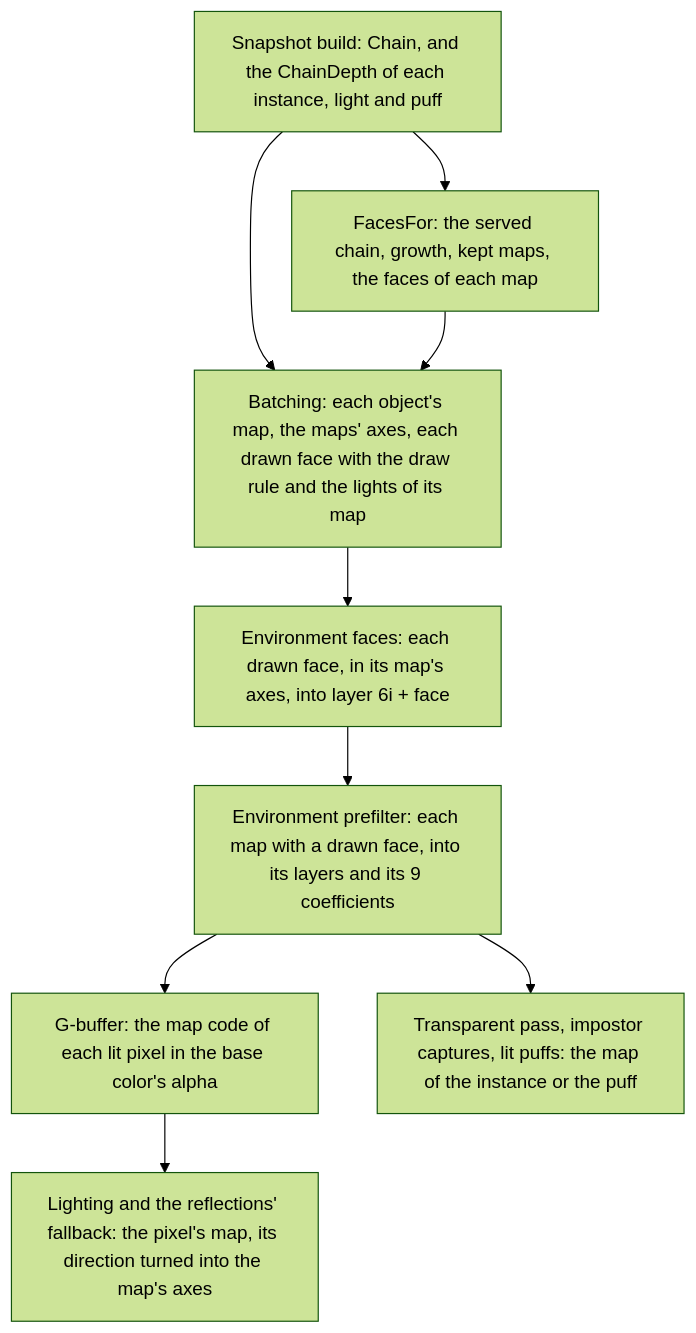
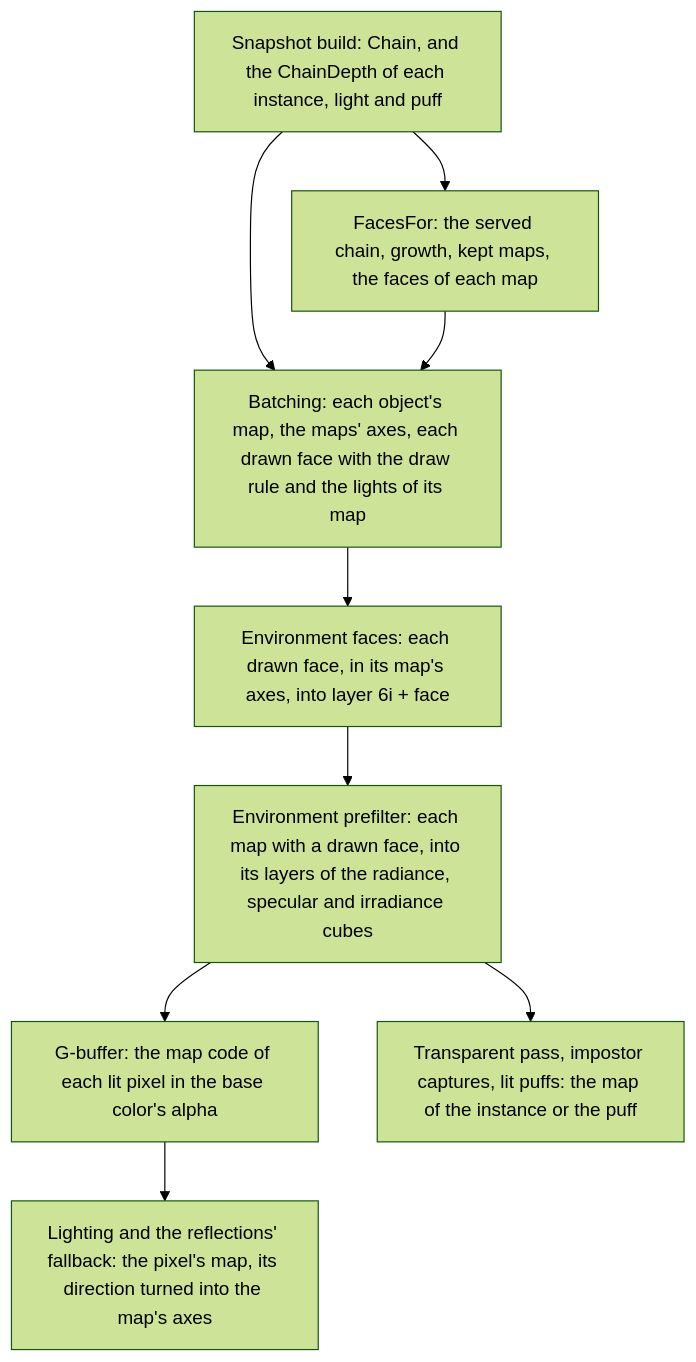
The third of 4 diagrams in docs/plans/environment-maps-per-frame.md (alexispurslane/tertius), drawn with Mermaid (forest theme) before and after one commit. The commit also changed other lines of this file and 12 other files, not shown here.

````diff
--- a/docs/plans/environment-maps-per-frame.md
+++ b/docs/plans/environment-maps-per-frame.md
@@ -243,11 +243,11 @@
 ```mermaid
 flowchart TD
     B["Snapshot build: Chain, and the ChainDepth of each instance, light and puff"] --> S["FacesFor: the served chain, growth, kept maps, the faces of each map"]
     B --> P["Batching: each object's map, the maps' axes, each drawn face with the draw rule and the lights of its map"]
     S --> P
     P --> F["Environment faces: each drawn face, in its map's axes, into layer 6i + face"]
-    F --> R["Environment prefilter: each map with a drawn face, into its layers and its 9 coefficients"]
+    F --> R["Environment prefilter: each map with a drawn face, into its layers of the radiance, specular and irradiance cubes"]
     R --> G["G-buffer: the map code of each lit pixel in the base color's alpha"]
     G --> L["Lighting and the reflections' fallback: the pixel's map, its direction turned into the map's axes"]
     R --> T["Transparent pass, impostor captures, lit puffs: the map of the instance or the puff"]
 ```
````
